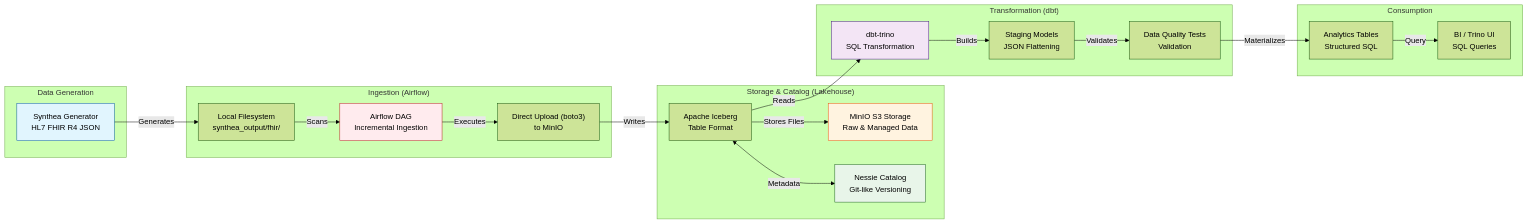
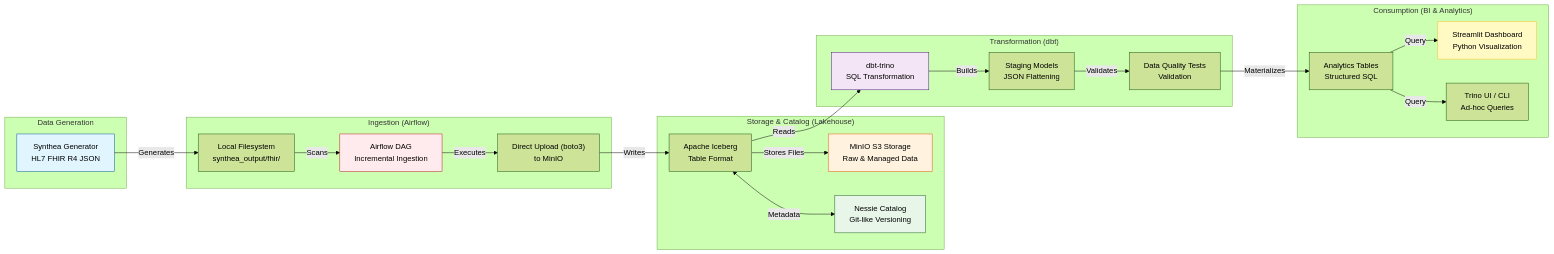
One commit to meedaycodes/healthcare-data-mesh changed the diagram in DATAFLOW_DIAGRAM.md. Above: the diagram before and after it, drawn with Mermaid (forest theme). The commit also changed other lines of this file and 24 other files, not shown here.

````diff
--- a/DATAFLOW_DIAGRAM.md
+++ b/DATAFLOW_DIAGRAM.md
@@ -9,49 +9,52 @@
 ```mermaid
 graph LR
     subgraph "Data Generation"
         A[Synthea Generator<br/>HL7 FHIR R4 JSON]
     end
 
     subgraph "Ingestion (Airflow)"
         B[Local Filesystem<br/>synthea_output/fhir/]
         C[Airflow DAG<br/>Incremental Ingestion]
         D["Direct Upload (boto3)<br/>to MinIO"]
     end
 
     subgraph "Storage & Catalog (Lakehouse)"
         E[MinIO S3 Storage<br/>Raw & Managed Data]
         F[Nessie Catalog<br/>Git-like Versioning]
         G[Apache Iceberg<br/>Table Format]
     end
 
     subgraph "Transformation (dbt)"
         H[dbt-trino<br/>SQL Transformation]
         I[Staging Models<br/>JSON Flattening]
         J[Data Quality Tests<br/>Validation]
     end
 
-    subgraph "Consumption"
+    subgraph "Consumption (BI & Analytics)"
         K[Analytics Tables<br/>Structured SQL]
-        L[BI / Trino UI<br/>SQL Queries]
+        L[Streamlit Dashboard<br/>Python Visualization]
+        M[Trino UI / CLI<br/>Ad-hoc Queries]
     end
 
     %% Data Flow
     A -->|Generates| B
     B -->|Scans| C
     C -->|Executes| D
     D -->|Writes| G
     G -->|Stores Files| E
     G <-->|Metadata| F
     G -->|Reads| H
     H -->|Builds| I
     I -->|Validates| J
     J -->|Materializes| K
     K -->|Query| L
+    K -->|Query| M
 
     %% Styling
     style A fill:#e1f5fe,stroke:#01579b
     style E fill:#fff3e0,stroke:#e65100
     style F fill:#e8f5e9,stroke:#1b5e20
     style H fill:#f3e5f5,stroke:#4a148c
     style C fill:#ffebee,stroke:#b71c1c
+    style L fill:#fff9c4,stroke:#fbc02d
 ```
````
